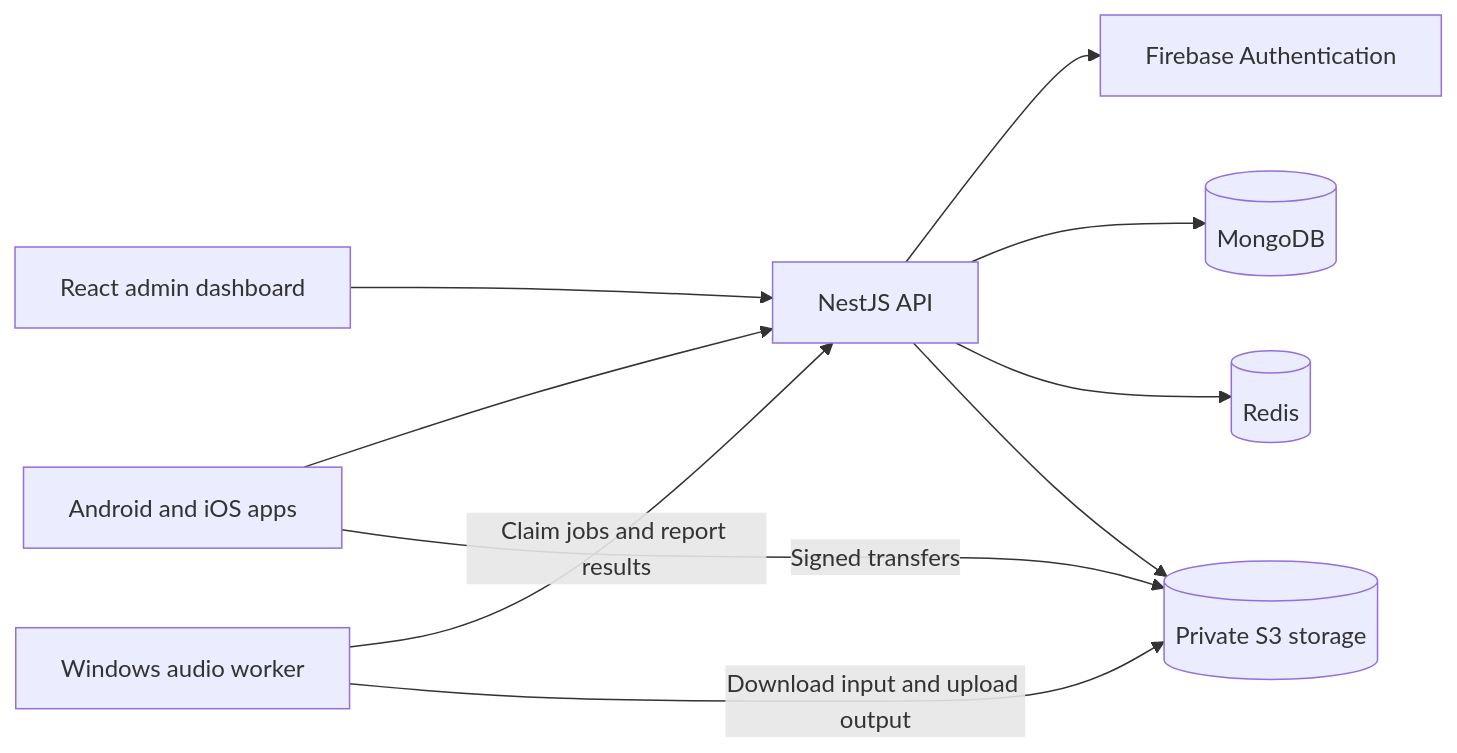
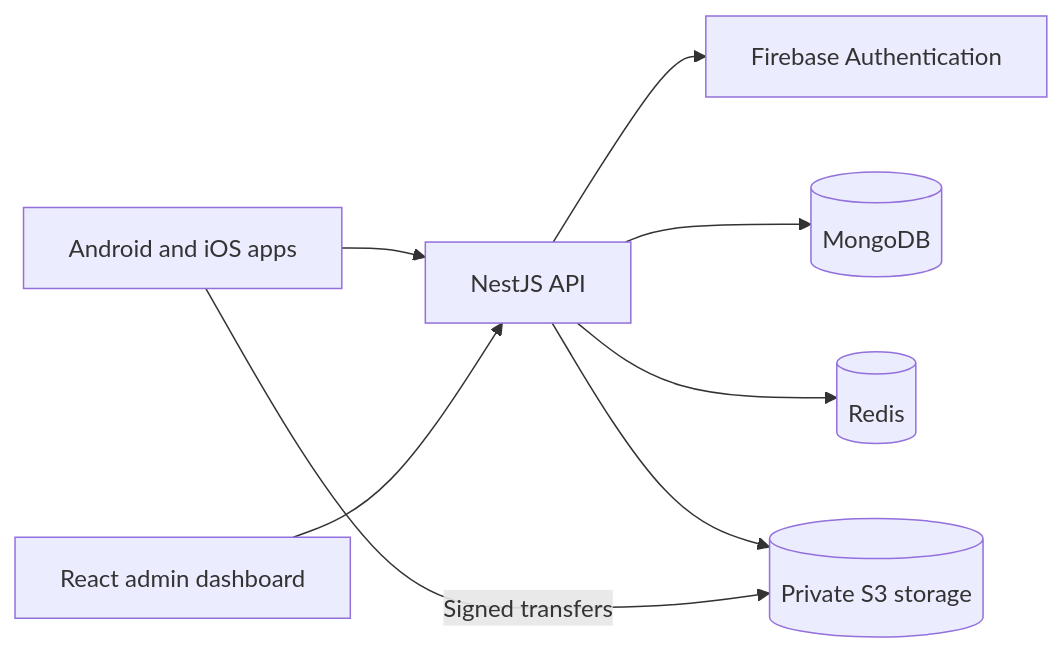
One commit to hatemragab/music_mute changed the diagram in README.md. Above: the diagram before and after it, drawn with Mermaid. The commit also changed other lines of this file and 175 other files, not shown here.

````diff
--- a/README.md
+++ b/README.md
@@ -29,12 +28,10 @@
 ```mermaid
 flowchart LR
     Apps[Android and iOS apps] --> API[NestJS API]
     Dashboard[React admin dashboard] --> API
     API --> Firebase[Firebase Authentication]
     API --> MongoDB[(MongoDB)]
     API --> Redis[(Redis)]
     API --> S3[(Private S3 storage)]
     Apps -->|Signed transfers| S3
-    Worker[Windows audio worker] -->|Claim jobs and report results| API
-    Worker -->|Download input and upload output| S3
 ```
````
